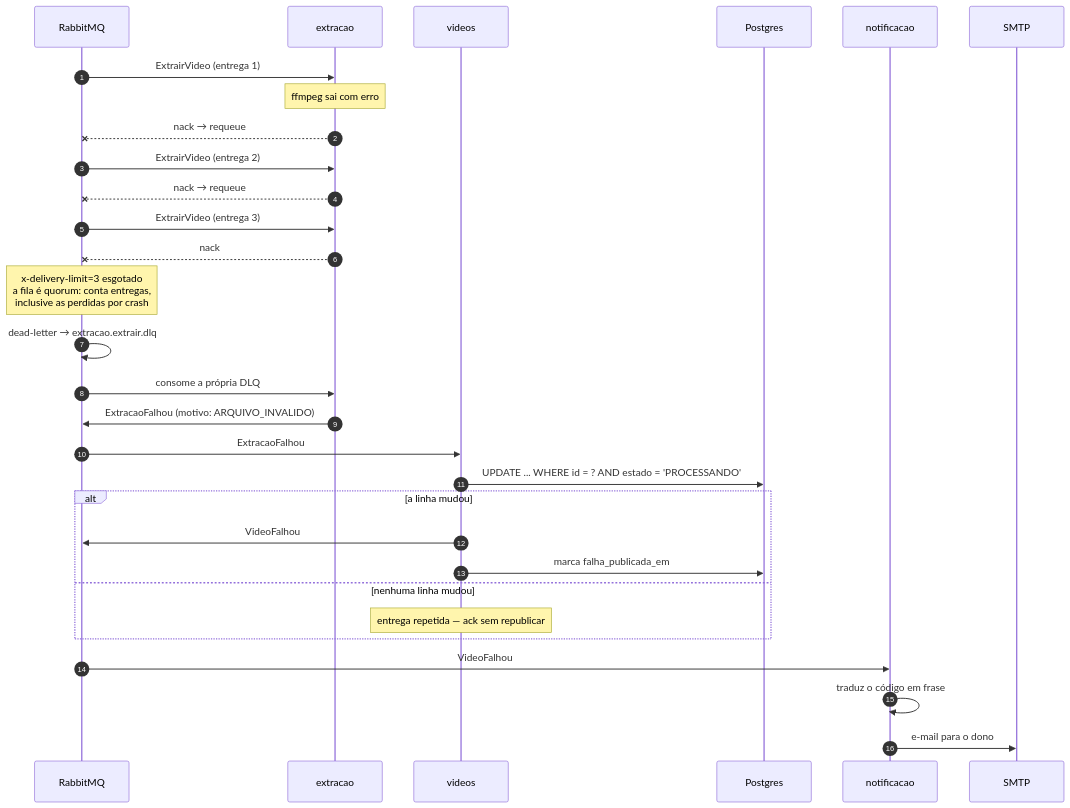
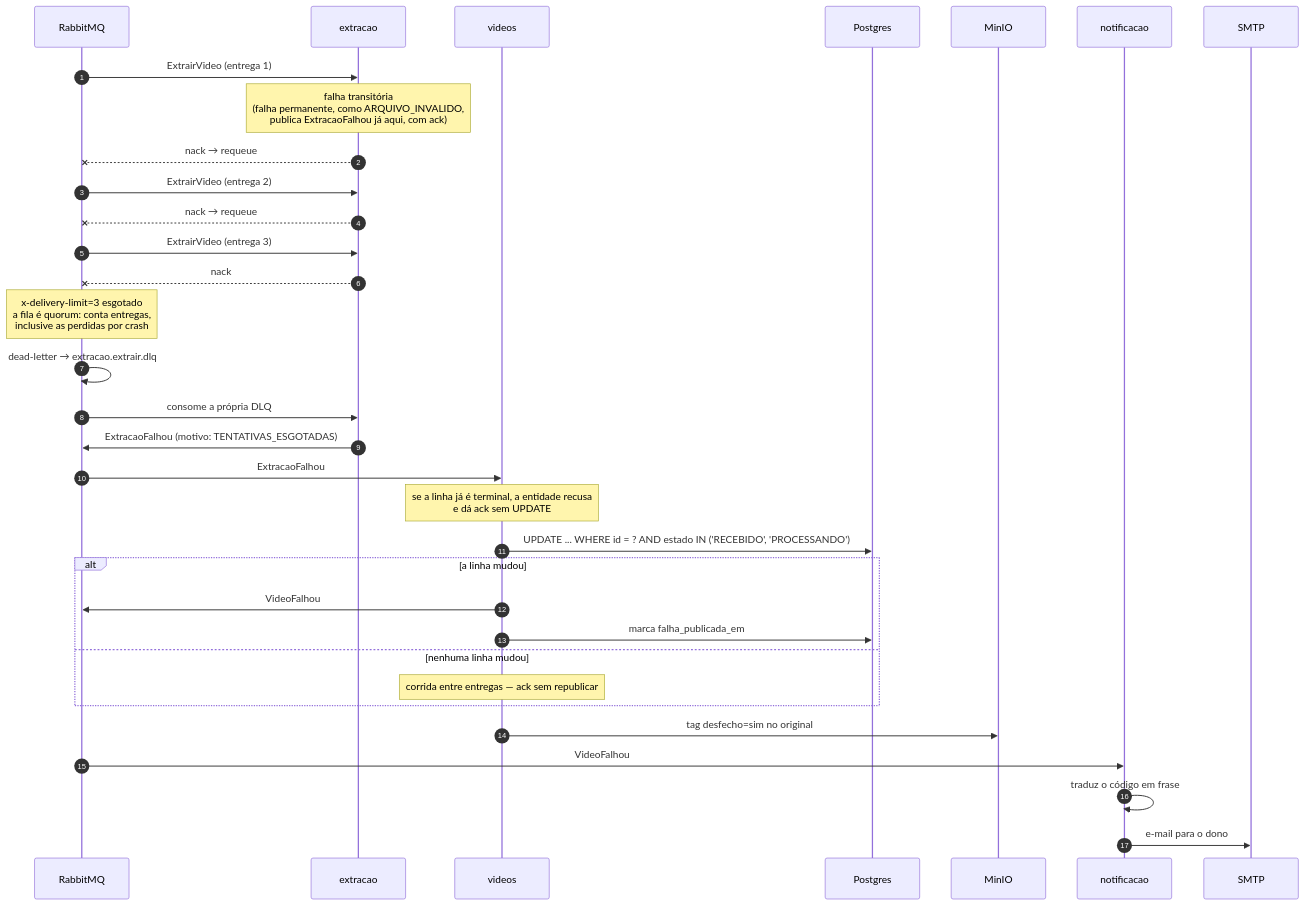
The fifth of 5 diagrams in docs/arquitetura.md (vandrep/fiapx-v2), drawn with Mermaid before and after one commit. The commit also changed other lines of this file and 3 other files, not shown here.

Commit message:
docs: diagramas e narracao coerentes com o codigo, fecha ticket 111

````diff
--- a/docs/arquitetura.md
+++ b/docs/arquitetura.md
@@ -189,36 +203,39 @@
 ```mermaid
 sequenceDiagram
     autonumber
     participant R as RabbitMQ
     participant E as extracao
     participant V as videos
     participant P as Postgres
+    participant M as MinIO
     participant N as notificacao
     participant S as SMTP
 
     R->>E: ExtrairVideo (entrega 1)
-    Note over E: ffmpeg sai com erro
+    Note over E: falha transitória<br/>(falha permanente, como ARQUIVO_INVALIDO,<br/>publica ExtracaoFalhou já aqui, com ack)
     E--xR: nack → requeue
     R->>E: ExtrairVideo (entrega 2)
     E--xR: nack → requeue
     R->>E: ExtrairVideo (entrega 3)
     E--xR: nack
 
     Note over R: x-delivery-limit=3 esgotado<br/>a fila é quorum: conta entregas,<br/>inclusive as perdidas por crash
     R->>R: dead-letter → extracao.extrair.dlq
     R->>E: consome a própria DLQ
-    E->>R: ExtracaoFalhou (motivo: ARQUIVO_INVALIDO)
+    E->>R: ExtracaoFalhou (motivo: TENTATIVAS_ESGOTADAS)
 
     R->>V: ExtracaoFalhou
-    V->>P: UPDATE ... WHERE id = ? AND estado = 'PROCESSANDO'
+    Note over V: se a linha já é terminal, a entidade recusa<br/>e dá ack sem UPDATE
+    V->>P: UPDATE ... WHERE id = ? AND estado IN ('RECEBIDO', 'PROCESSANDO')
     alt a linha mudou
         V->>R: VideoFalhou
         V->>P: marca falha_publicada_em
     else nenhuma linha mudou
-        Note over V: entrega repetida — ack sem republicar
+        Note over V: corrida entre entregas — ack sem republicar
     end
+    V->>M: tag desfecho=sim no original
 
     R->>N: VideoFalhou
     N->>N: traduz o código em frase
     N->>S: e-mail para o dono
 ```
````
